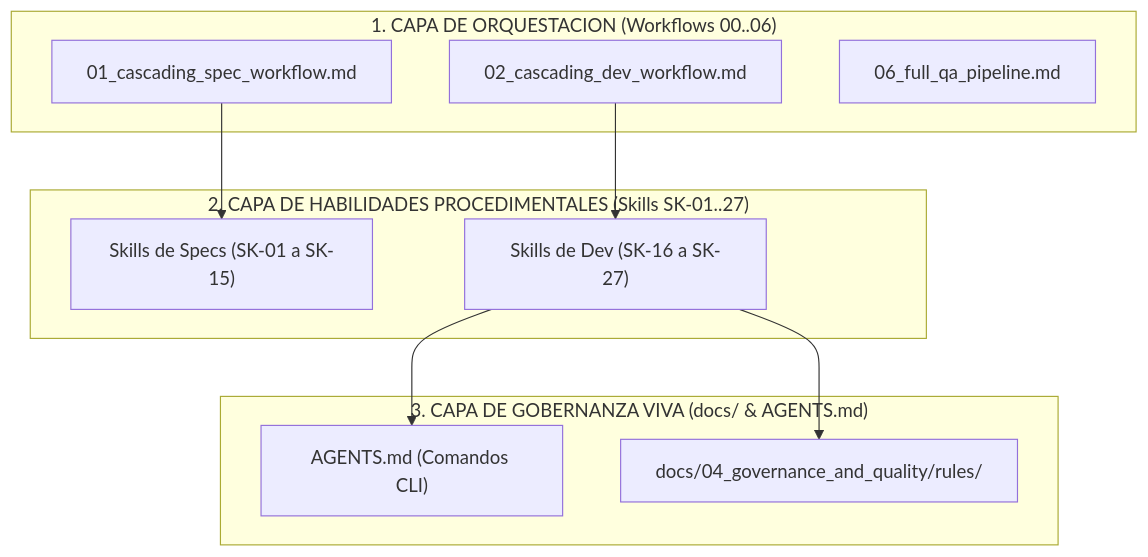
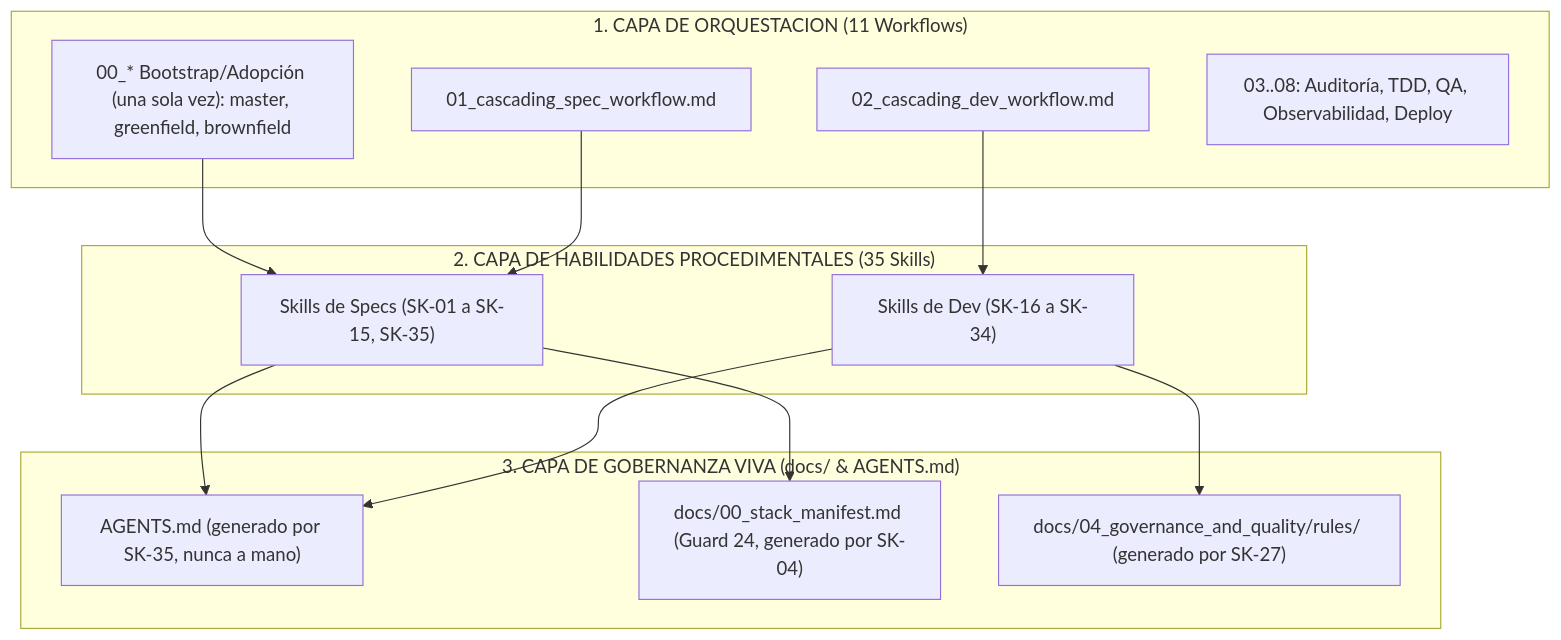
Before and after one commit to LIDR-academy/AI4Devs-finalproject: the diagram in .agents/README.md, drawn with Mermaid. The commit also changed other lines of this file and 39 other files, not shown here.

````diff
--- a/.agents/README.md
+++ b/.agents/README.md
@@ -30,23 +42,28 @@
 ```mermaid
 flowchart TD
-    subgraph CAPA1 ["1. CAPA DE ORQUESTACION (Workflows 00..06)"]
+    subgraph CAPA1 ["1. CAPA DE ORQUESTACION (11 Workflows)"]
+        W00["00_* Bootstrap/Adopción (una sola vez): master, greenfield, brownfield"]
         W01["01_cascading_spec_workflow.md"]
         W02["02_cascading_dev_workflow.md"]
-        W06["06_full_qa_pipeline.md"]
+        W0X["03..08: Auditoría, TDD, QA, Observabilidad, Deploy"]
     end
 
-    subgraph CAPA2 ["2. CAPA DE HABILIDADES PROCEDIMENTALES (Skills SK-01..27)"]
-        S_Spec["Skills de Specs (SK-01 a SK-15)"]
-        S_Dev["Skills de Dev (SK-16 a SK-27)"]
+    subgraph CAPA2 ["2. CAPA DE HABILIDADES PROCEDIMENTALES (35 Skills)"]
+        S_Spec["Skills de Specs (SK-01 a SK-15, SK-35)"]
+        S_Dev["Skills de Dev (SK-16 a SK-34)"]
     end
 
     subgraph CAPA3 ["3. CAPA DE GOBERNANZA VIVA (docs/ & AGENTS.md)"]
-        AGENTS["AGENTS.md (Comandos CLI)"]
-        Rules["docs/04_governance_and_quality/rules/"]
+        AGENTS["AGENTS.md (generado por SK-35, nunca a mano)"]
+        StackManifest["docs/00_stack_manifest.md (Guard 24, generado por SK-04)"]
+        Rules["docs/04_governance_and_quality/rules/ (generado por SK-27)"]
     end
 
+    W00 --> S_Spec
     W01 --> S_Spec
     W02 --> S_Dev
+    S_Spec --> AGENTS
+    S_Spec --> StackManifest
     S_Dev --> AGENTS
     S_Dev --> Rules
 ```
````
